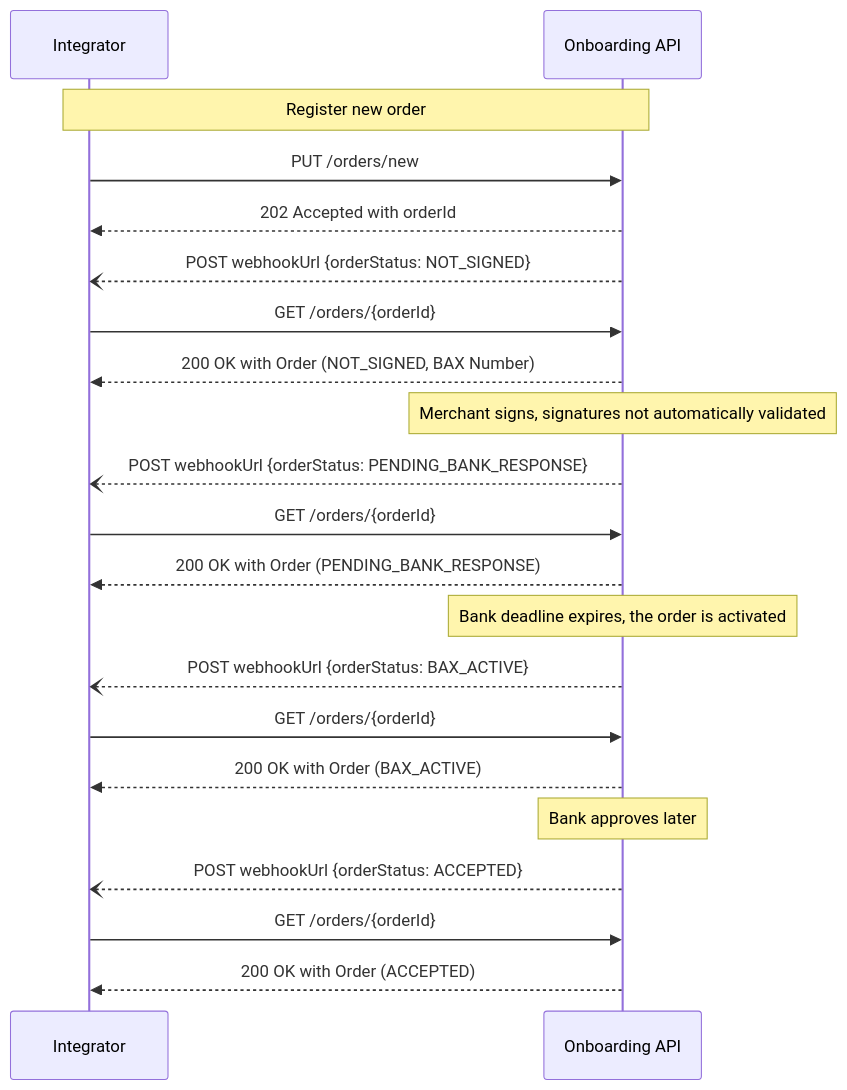
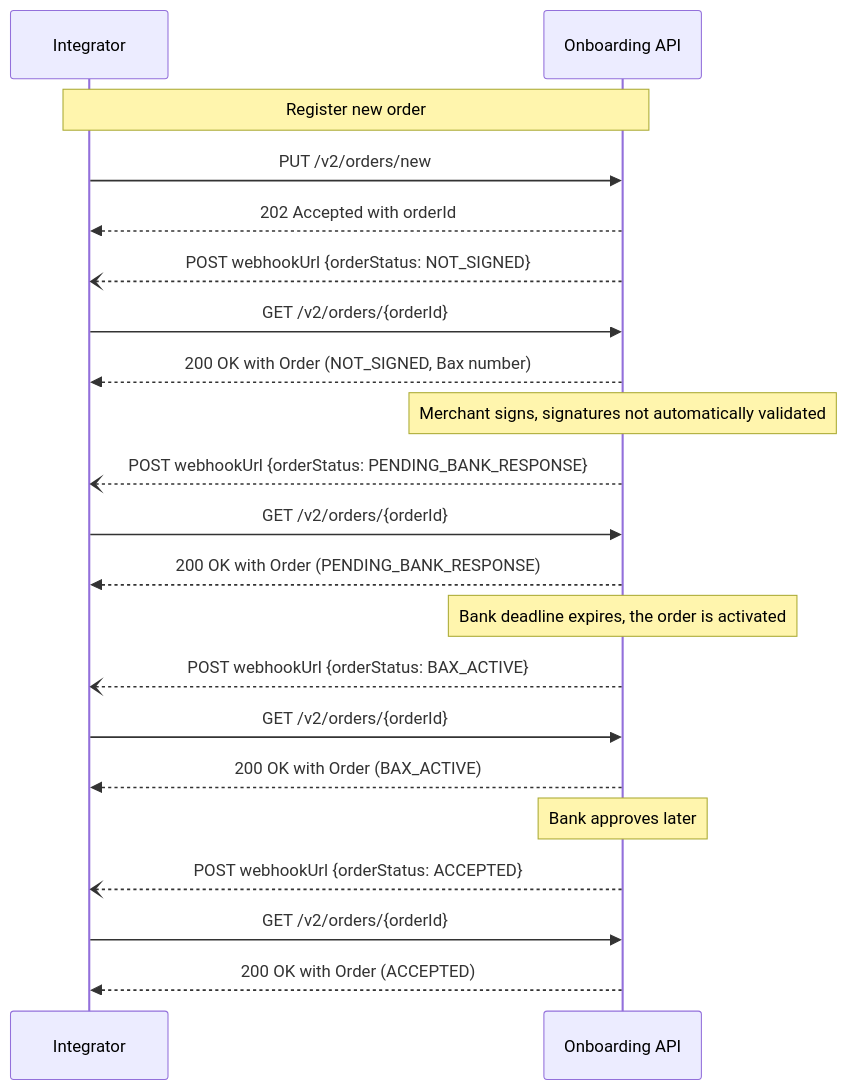
Before and after one commit to BankAxept/bankaxept-onboarding-external-documentation: the fourth of 9 diagrams in docs/prod_flows.md, drawn with Mermaid. The commit also changed other lines of this file and 7 other files, not shown here.

````diff
--- a/docs/prod_flows.md
+++ b/docs/prod_flows.md
@@ -93,28 +93,28 @@
     ```mermaid
     sequenceDiagram
     participant I as Integrator
     participant O as Onboarding API
 
     note over I, O: Register new order
-    I ->> O: PUT /orders/new
+    I ->> O: PUT /v2/orders/new
     O -->> I: 202 Accepted with orderId
 
     O --) I: POST webhookUrl {orderStatus: NOT_SIGNED}
-    I ->> O : GET /orders/{orderId}
-    O -->> I: 200 OK with Order (NOT_SIGNED, BAX Number)
+    I ->> O : GET /v2/orders/{orderId}
+    O -->> I: 200 OK with Order (NOT_SIGNED, Bax number)
 
     note over O: Merchant signs, signatures not automatically validated
     O --) I: POST webhookUrl {orderStatus: PENDING_BANK_RESPONSE}
-    I ->> O : GET /orders/{orderId}
+    I ->> O : GET /v2/orders/{orderId}
     O -->> I: 200 OK with Order (PENDING_BANK_RESPONSE)
 
     note over O: Bank deadline expires, the order is activated
     O --) I: POST webhookUrl {orderStatus: BAX_ACTIVE}
-    I ->> O : GET /orders/{orderId}
+    I ->> O : GET /v2/orders/{orderId}
     O -->> I: 200 OK with Order (BAX_ACTIVE)
 
     note over O: Bank approves later
     O --) I: POST webhookUrl {orderStatus: ACCEPTED}
-    I ->> O : GET /orders/{orderId}
+    I ->> O : GET /v2/orders/{orderId}
     O -->> I: 200 OK with Order (ACCEPTED)
     ```
````
